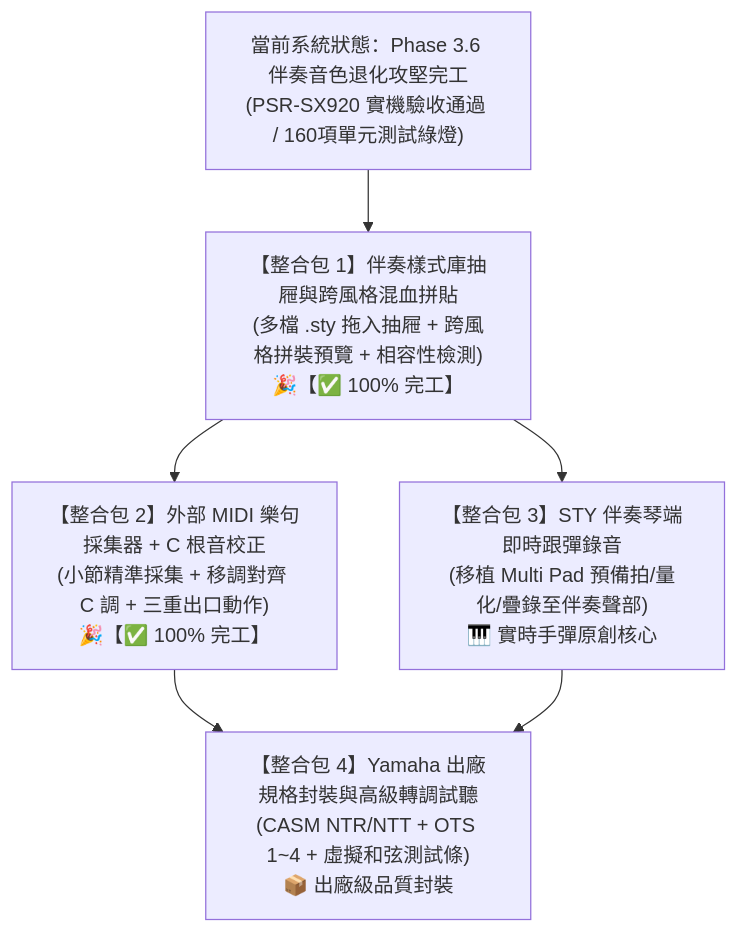
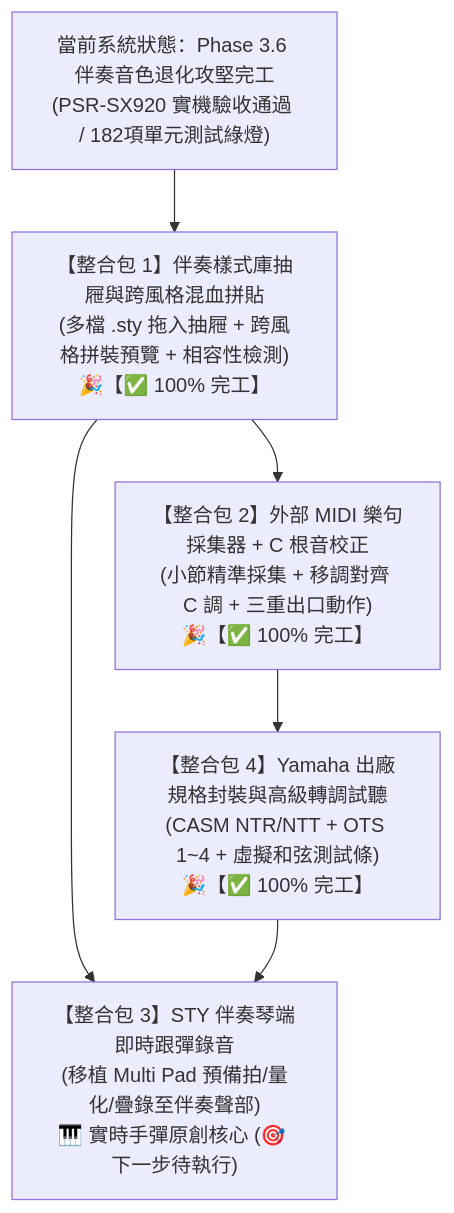
One commit to CMChen59/Yamaha-Midi-Edit changed the diagram in PENDING_EXECUTION_PLANS.md. Above: the diagram before and after it, drawn with Mermaid. The commit also changed other lines of this file and 1 other file, not shown here.

````diff
--- a/PENDING_EXECUTION_PLANS.md
+++ b/PENDING_EXECUTION_PLANS.md
@@ -119,15 +122,15 @@
 ```mermaid
 flowchart TD
-    Current["當前系統狀態：Phase 3.6 伴奏音色退化攻堅完工\n(PSR-SX920 實機驗收通過 / 160項單元測試綠燈)"]
+    Current["當前系統狀態：Phase 3.6 伴奏音色退化攻堅完工\n(PSR-SX920 實機驗收通過 / 182項單元測試綠燈)"]
 
     PKG1["【整合包 1】伴奏樣式庫抽屜與跨風格混血拼貼\n(多檔 .sty 拖入抽屜 + 跨風格拼裝預覽 + 相容性檢測)\n🎉【✅ 100% 完工】"]
     PKG2["【整合包 2】外部 MIDI 樂句採集器 + C 根音校正\n(小節精準採集 + 移調對齊 C 調 + 三重出口動作)\n🎉【✅ 100% 完工】"]
-    PKG3["【整合包 3】STY 伴奏琴端即時跟彈錄音\n(移植 Multi Pad 預備拍/量化/疊錄至伴奏聲部)\n🎹 實時手彈原創核心"]
-    PKG4["【整合包 4】Yamaha 出廠規格封裝與高級轉調試聽\n(CASM NTR/NTT + OTS 1~4 + 虛擬和弦測試條)\n📦 出廠級品質封裝"]
+    PKG4["【整合包 4】Yamaha 出廠規格封裝與高級轉調試聽\n(CASM NTR/NTT + OTS 1~4 + 虛擬和弦測試條)\n🎉【✅ 100% 完工】"]
+    PKG3["【整合包 3】STY 伴奏琴端即時跟彈錄音\n(移植 Multi Pad 預備拍/量化/疊錄至伴奏聲部)\n🎹 實時手彈原創核心 (🎯 下一步待執行)"]
 
     Current --> PKG1
     PKG1 --> PKG2
+    PKG2 --> PKG4
     PKG1 --> PKG3
-    PKG2 --> PKG4
-    PKG3 --> PKG4
+    PKG4 --> PKG3
 ```
````
